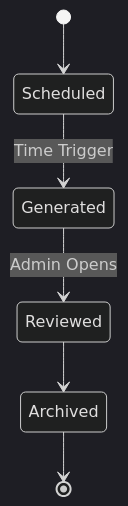
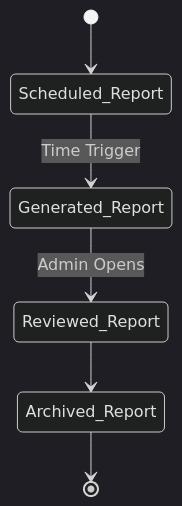
One commit to glory-kasongo-03/Doctor_appointment_booking_system changed the seventh of 8 diagrams in State Transition Diagrams.md. Above: the diagram before and after it, drawn with Mermaid (dark theme). The commit also changed other lines of this file, not shown here.

Commit message:
Updated State Transition Diagrams.md

````diff
--- a/State Transition Diagrams.md
+++ b/State Transition Diagrams.md
@@ -73,8 +77,9 @@
 ```mermaid
 stateDiagram-v2
-    [*] --> Scheduled
-    Scheduled --> Generated : Time Trigger
-    Generated --> Reviewed : Admin Opens
-    Reviewed --> Archived
-    Archived --> [*]
+    %% Initial state
+    [*] --> Scheduled_Report
+    Scheduled_Report --> Generated_Report : Time Trigger
+    Generated_Report --> Reviewed_Report : Admin Opens
+    Reviewed_Report --> Archived_Report
+    Archived_Report --> [*]
 ```
````
